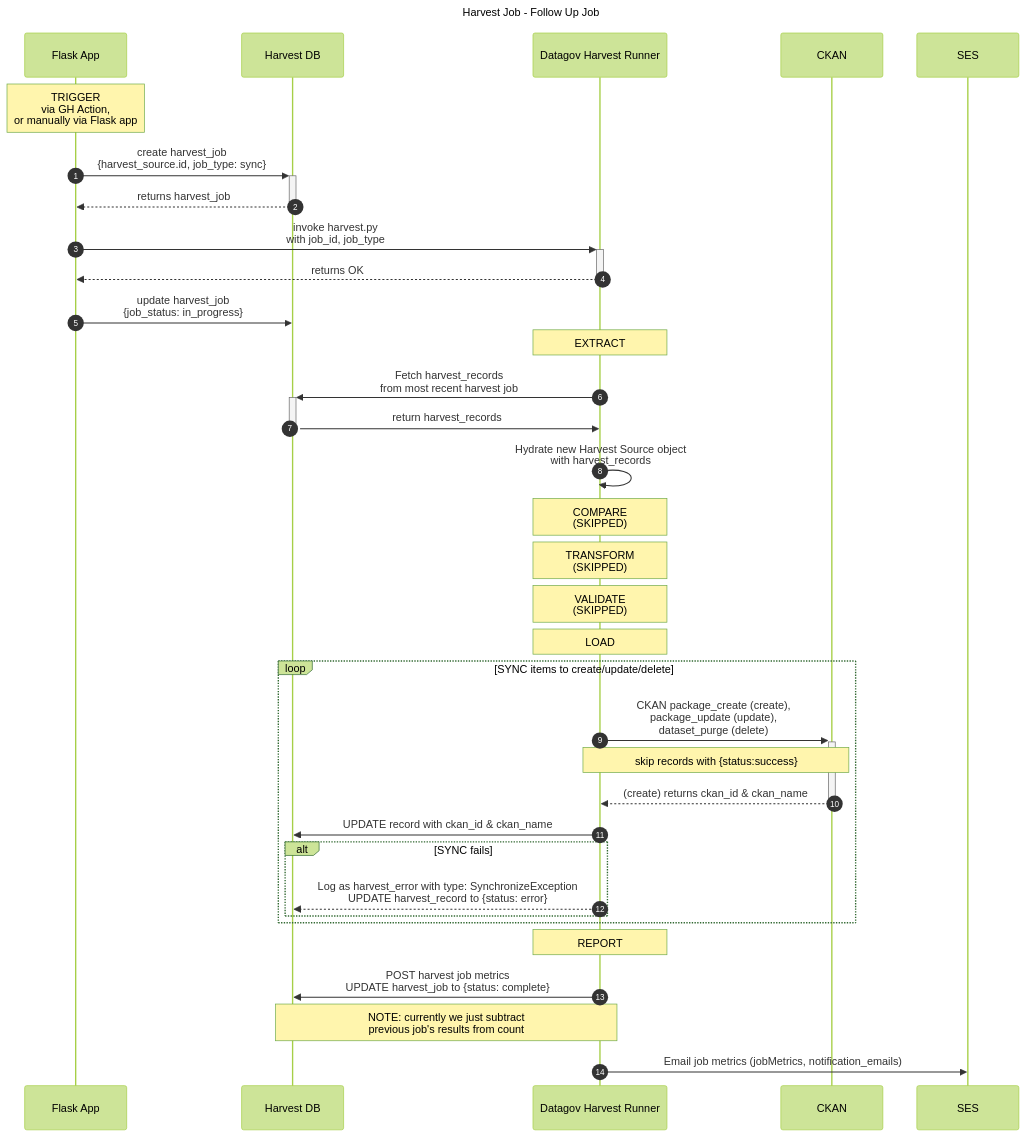
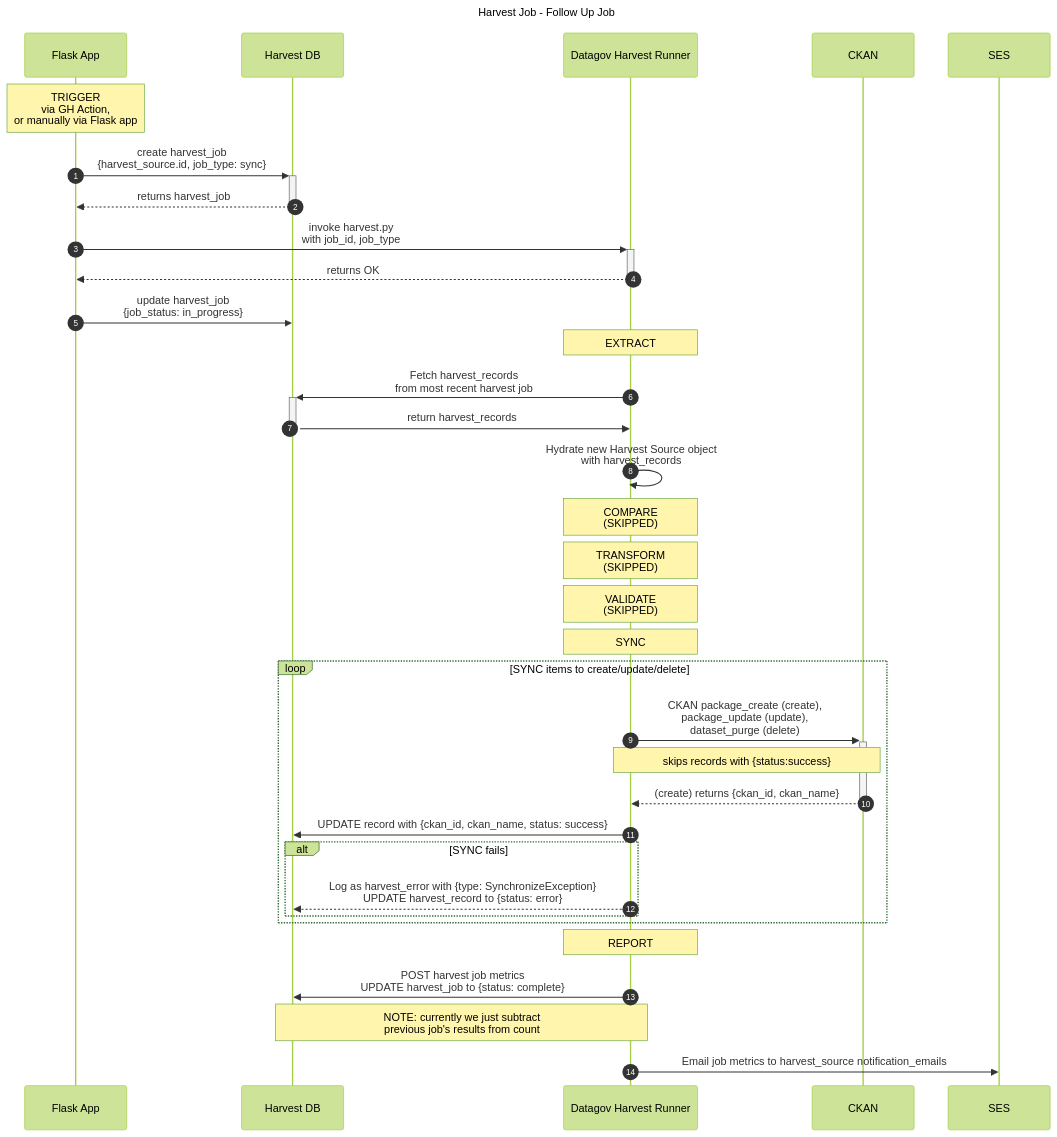
Before and after one commit to GSA/datagov-harvester: the diagram in docs/diagrams/mermaid/src/harvest_job_seq__sync.md, drawn with Mermaid (forest theme). The commit also changed 10 other files, not shown here.

````diff
--- a/docs/diagrams/mermaid/src/harvest_job_seq__sync.md
+++ b/docs/diagrams/mermaid/src/harvest_job_seq__sync.md
@@ -1,39 +1,39 @@
 ```mermaid
 ---
 title: Harvest Job - Follow Up Job
 ---
 sequenceDiagram
     autonumber
     participant FA as Flask App
     participant HDB as Harvest DB
     participant DHR as Datagov Harvest Runner
     participant CKAN
     participant SES
     note over FA: TRIGGER <br> via GH Action,<br>or manually via Flask app
     FA->>+HDB: create harvest_job<br>{harvest_source.id, job_type: sync}
     HDB-->>-FA: returns harvest_job
     FA->>+DHR: invoke harvest.py<br> with job_id, job_type
     DHR-->>-FA: returns OK
     FA->>HDB: update harvest_job<br>{job_status: in_progress}
     note over DHR: EXTRACT
     DHR->>+HDB: Fetch harvest_records<br>from most recent harvest job
     HDB->>-DHR: return harvest_records
     DHR->>DHR: Hydrate new Harvest Source object<br>with harvest_records
     note over DHR: COMPARE<br>(SKIPPED)
     note over DHR: TRANSFORM<br>(SKIPPED)
     note over DHR: VALIDATE<br>(SKIPPED)
-    note over DHR: LOAD
+    note over DHR: SYNC
     loop SYNC items to create/update/delete
         DHR->>+CKAN: CKAN package_create (create), <br>package_update (update), <br>dataset_purge (delete)
-        note over DHR,CKAN: skip records with {status:success}
-        CKAN-->>-DHR: (create) returns ckan_id & ckan_name
-        DHR->>HDB: UPDATE record with ckan_id & ckan_name
+        note over DHR,CKAN: skips records with {status:success}
+        CKAN-->>-DHR: (create) returns {ckan_id, ckan_name}
+        DHR->>HDB: UPDATE record with {ckan_id, ckan_name, status: success}
         alt SYNC fails
-            DHR-->>HDB: Log as harvest_error with type: SynchronizeException <br>UPDATE harvest_record to {status: error}
+            DHR-->>HDB: Log as harvest_error with {type: SynchronizeException} <br>UPDATE harvest_record to {status: error}
         end
     end
     note over DHR: REPORT
     DHR->>HDB: POST harvest job metrics <br> UPDATE harvest_job to {status: complete}
     note over DHR,HDB: NOTE: currently we just subtract<br>previous job's results from count
-    DHR->>SES: Email job metrics (jobMetrics, notification_emails)
+    DHR->>SES: Email job metrics to harvest_source notification_emails
 ```
````
